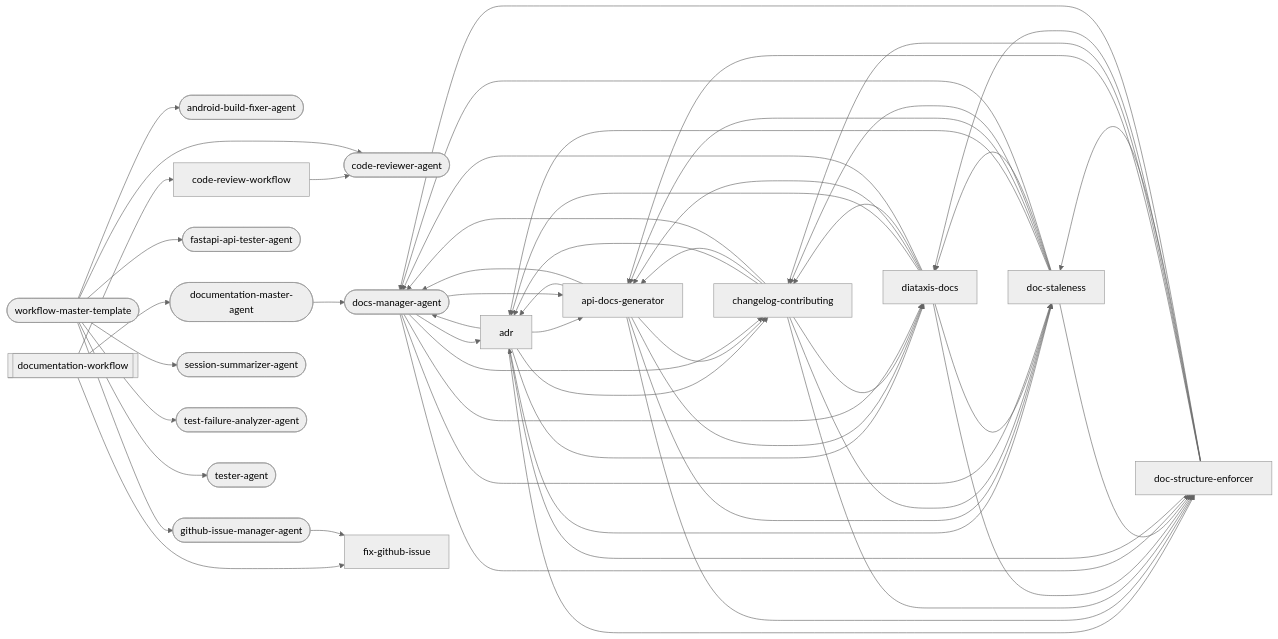
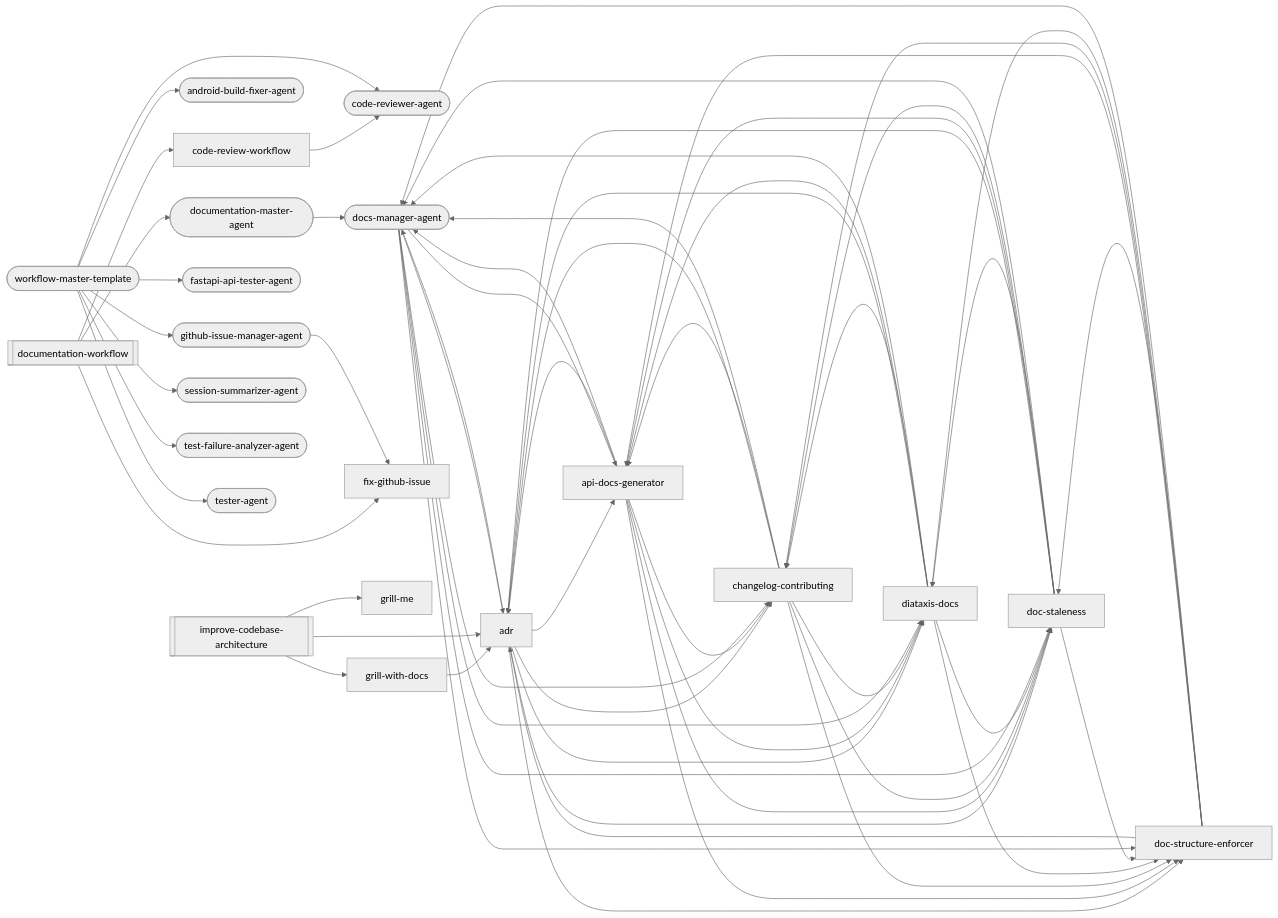
The fourth of 16 diagrams in docs/workflows/documentation.md (abhayla/claude-best-practices), drawn with Mermaid (neutral theme) before and after one commit. The commit also changed other lines of this file and 13 other files, not shown here.

````diff
--- a/docs/workflows/documentation.md
+++ b/docs/workflows/documentation.md
@@ -532,6 +609,7 @@
 ```mermaid
 graph LR
     documentation_workflow[["documentation-workflow"]]
+    improve_codebase_architecture[["improve-codebase-architecture"]]
     workflow_master_template(["workflow-master-template"])
     adr["adr"]
     android_build_fixer_agent(["android-build-fixer-agent"])
@@ -547,6 +625,8 @@
     fastapi_api_tester_agent(["fastapi-api-tester-agent"])
     fix_github_issue["fix-github-issue"]
     github_issue_manager_agent(["github-issue-manager-agent"])
+    grill_me["grill-me"]
+    grill_with_docs["grill-with-docs"]
     session_summarizer_agent(["session-summarizer-agent"])
     test_failure_analyzer_agent(["test-failure-analyzer-agent"])
     tester_agent(["tester-agent"])
@@ -590,6 +670,10 @@
     documentation_workflow --> code_review_workflow
     documentation_workflow --> fix_github_issue
     documentation_workflow --> documentation_master_agent
+    grill_with_docs --> adr
+    improve_codebase_architecture --> adr
+    improve_codebase_architecture --> grill_me
+    improve_codebase_architecture --> grill_with_docs
     docs_manager_agent --> adr
     docs_manager_agent --> api_docs_generator
     docs_manager_agent --> changelog_contributing
````
